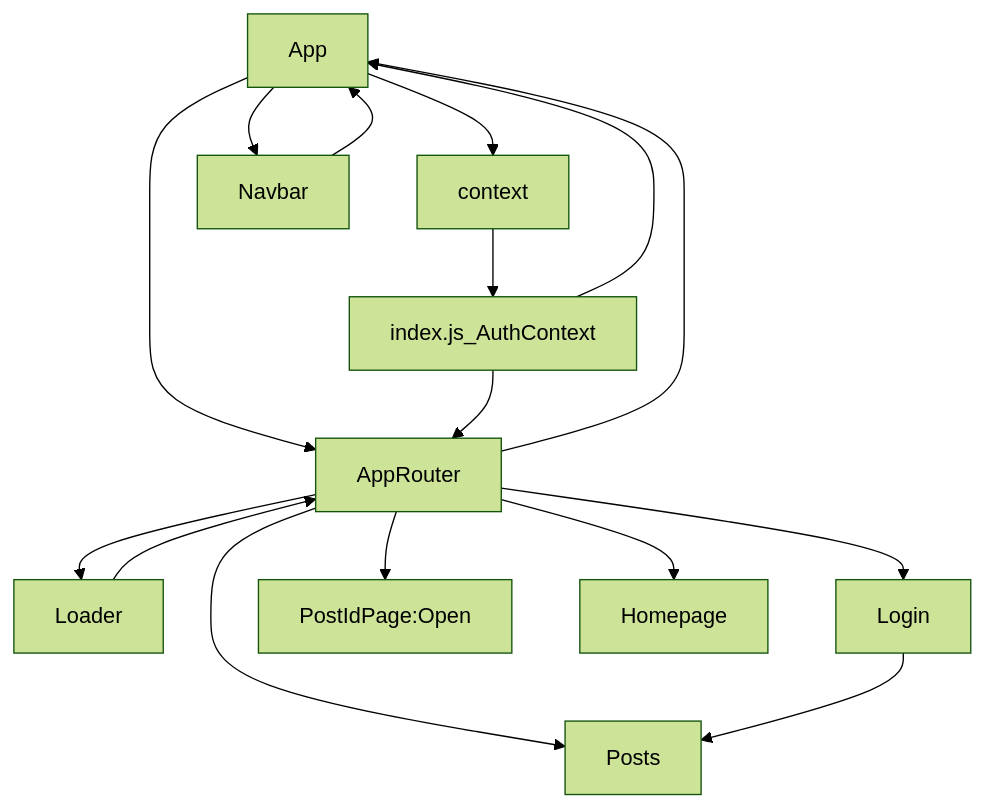
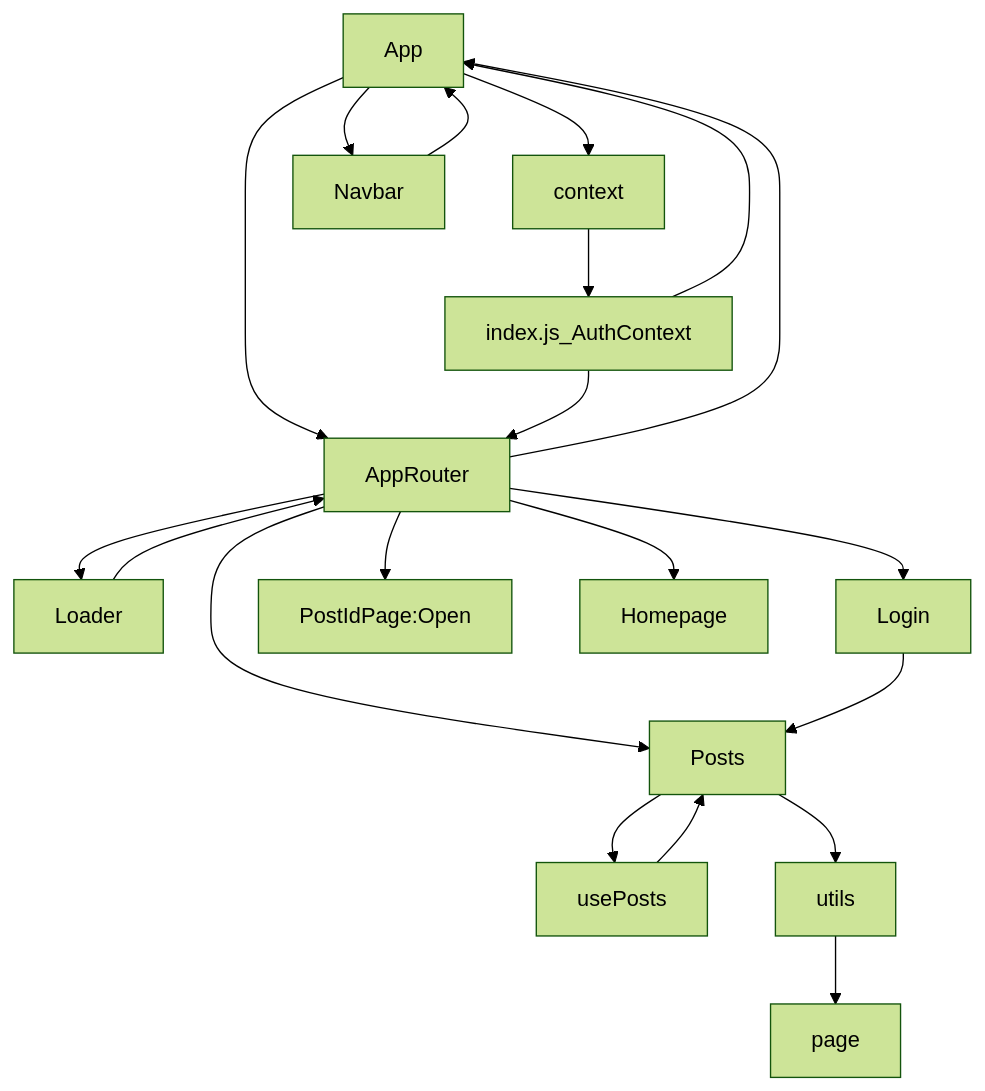
The first of 2 diagrams in README.md (Freeze35/test-react-project), drawn with Mermaid (forest theme) before and after one commit. The commit also changed other lines of this file, not shown here.

````diff
--- a/README.md
+++ b/README.md
@@ -112,16 +112,18 @@
 ```mermaid
 graph TD;
    App-->context-->index.js_AuthContext-->App
    App-->Navbar
    App-->AppRouter
    Navbar-->App
    AppRouter-->App
    index.js_AuthContext-->AppRouter
    AppRouter-->Loader
    Loader-->AppRouter
    AppRouter-->Posts
    AppRouter-->Login
    Login-->Posts
    AppRouter-->PostIdPage:Open
    AppRouter-->Homepage
+   Posts-->usePosts-->Posts
+   Posts-->utils-->page
 ```
````
